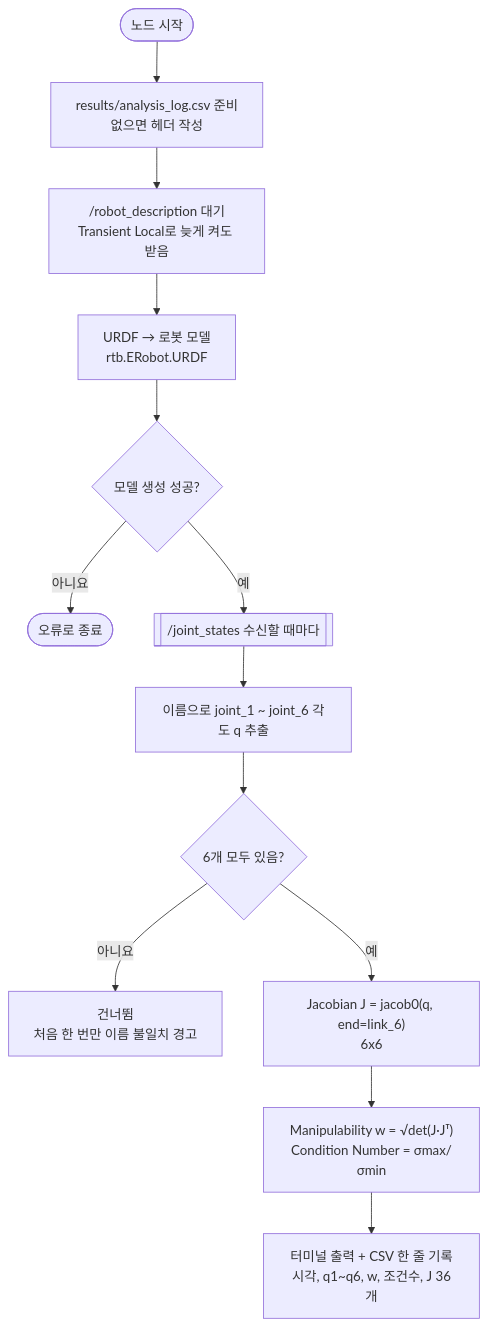
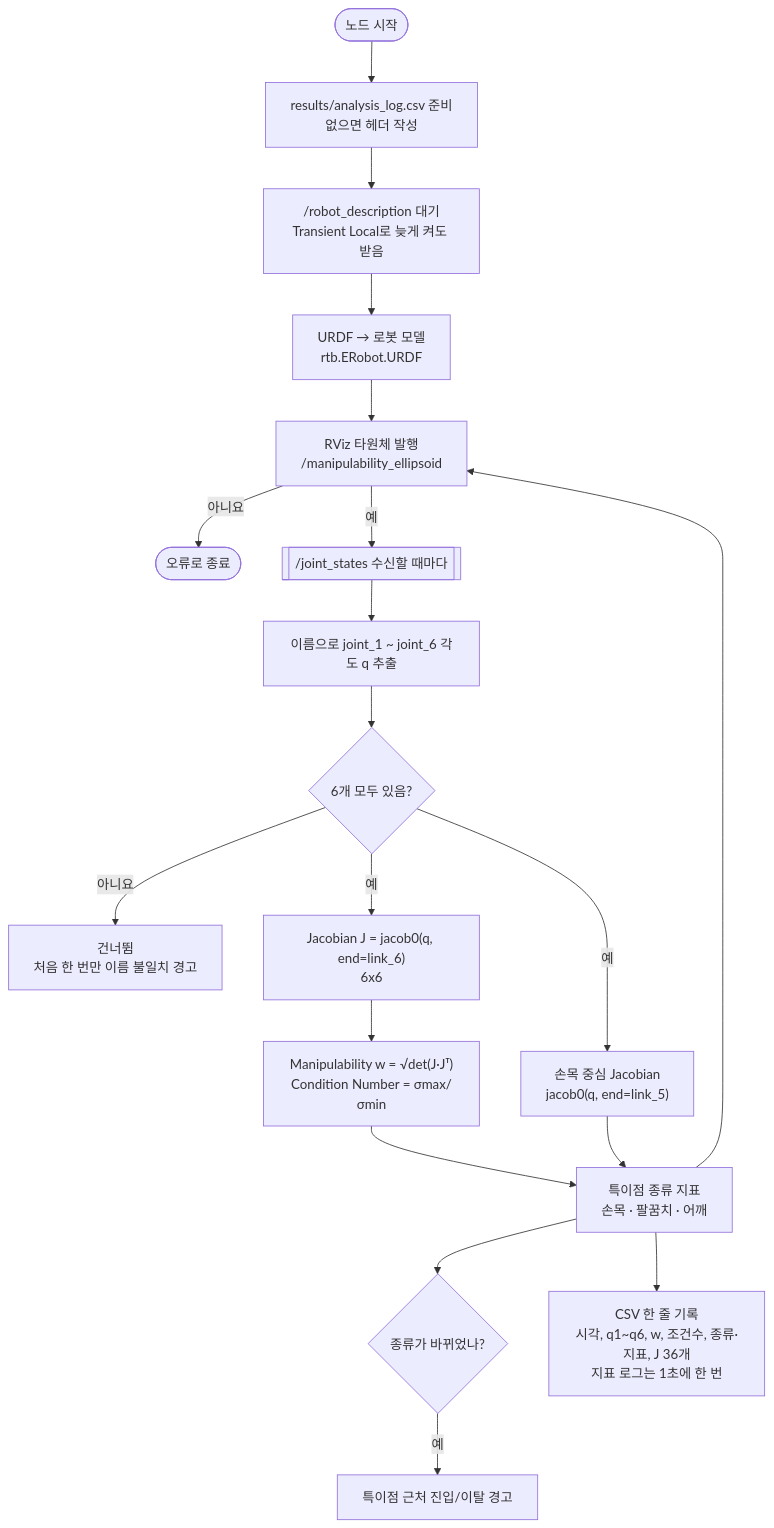
One commit to yoonheon051/singularity_analysis changed the second of 3 diagrams in README.md. Above: the diagram before and after it, drawn with Mermaid. The commit also changed other lines of this file and 7 other files, not shown here.

First line of the commit message:
가동성 타원체 시각화와 특이점 종류(손목·팔꿈치·어깨) 분류 추가

````diff
--- a/README.md
+++ b/README.md
@@ -380,15 +480,20 @@
 ```mermaid
 flowchart TD
     A(["노드 시작"]) --> B["results/analysis_log.csv 준비<br/>없으면 헤더 작성"]
     B --> C["/robot_description 대기<br/>Transient Local로 늦게 켜도 받음"]
     C --> D["URDF → 로봇 모델<br/>rtb.ERobot.URDF"]
     D --> E{"모델 생성 성공?"}
     E -- 아니요 --> X(["오류로 종료"])
     E -- 예 --> F[["/joint_states 수신할 때마다"]]
     F --> G["이름으로 joint_1 ~ joint_6 각도 q 추출"]
     G --> H{"6개 모두 있음?"}
     H -- 아니요 --> W["건너뜀<br/>처음 한 번만 이름 불일치 경고"]
     H -- 예 --> J["Jacobian J = jacob0(q, end=link_6)<br/>6x6"]
     J --> M["Manipulability w = √det(J·Jᵀ)<br/>Condition Number = σmax/σmin"]
-    M --> L["터미널 출력 + CSV 한 줄 기록<br/>시각, q1~q6, w, 조건수, J 36개"]
+    H -- 예 --> JW["손목 중심 Jacobian<br/>jacob0(q, end=link_5)"]
+    M & JW --> T["특이점 종류 지표<br/>손목 · 팔꿈치 · 어깨"]
+    T --> TC{"종류가 바뀌었나?"}
+    TC -- 예 --> WARN["특이점 근처 진입/이탈 경고"]
+    T --> L["CSV 한 줄 기록<br/>시각, q1~q6, w, 조건수, 종류·지표, J 36개<br/>지표 로그는 1초에 한 번"]
+    T --> E["RViz 타원체 발행<br/>/manipulability_ellipsoid"]
 ```
````
